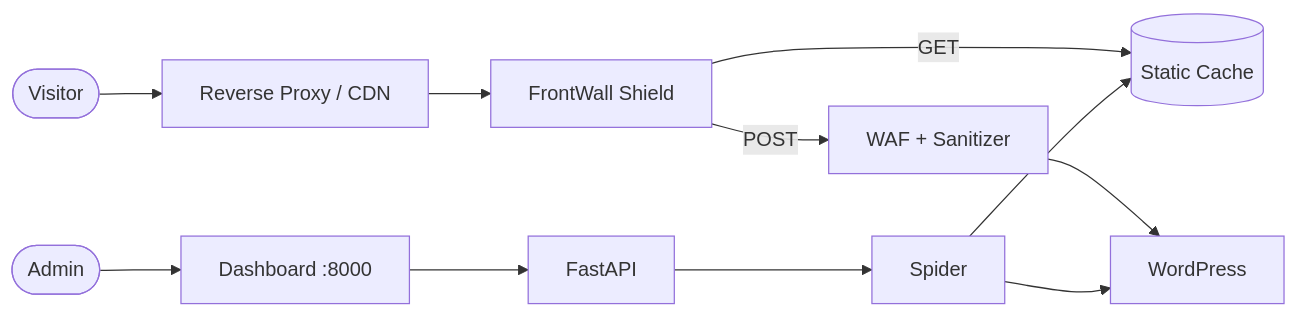
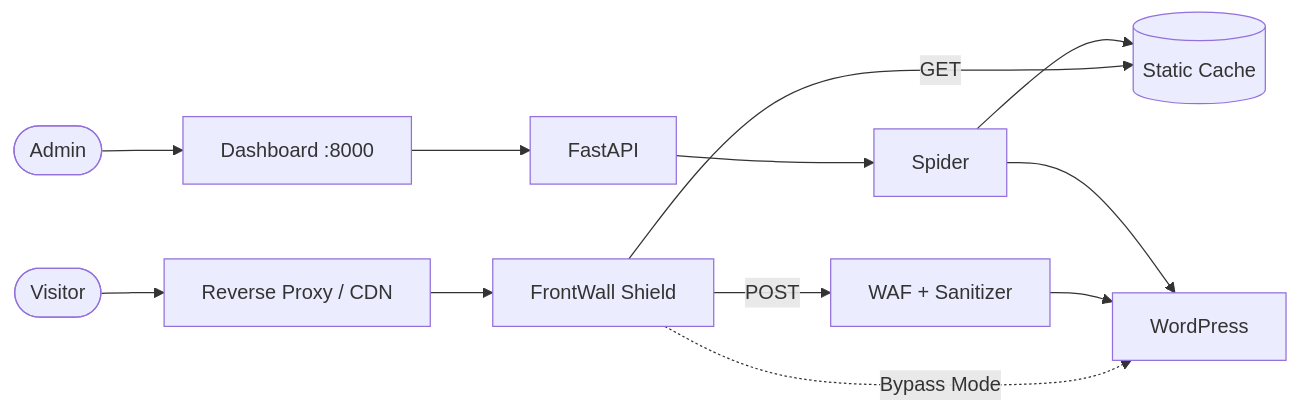
One commit to acalatrava/FrontWall changed the diagram in README.md. Above: the diagram before and after it, drawn with Mermaid. The commit also changed other lines of this file and 10 other files, not shown here.

First line of the commit message:
Add bypass mode functionality and update documentation

````diff
--- a/README.md
+++ b/README.md
@@ -36,13 +36,14 @@
 ```mermaid
 flowchart LR
     User([Visitor]) --> NPM[Reverse Proxy / CDN]
     NPM --> Shield[FrontWall Shield]
     Shield -->|GET| Cache[(Static Cache)]
     Shield -->|POST| WAF[WAF + Sanitizer]
+    Shield -.->|Bypass Mode| WP
     WAF --> WP[WordPress]
     Admin([Admin]) --> UI[Dashboard :8000]
     UI --> API[FastAPI]
     API --> Crawler[Spider]
     Crawler --> WP
     Crawler --> Cache
 ```
````
